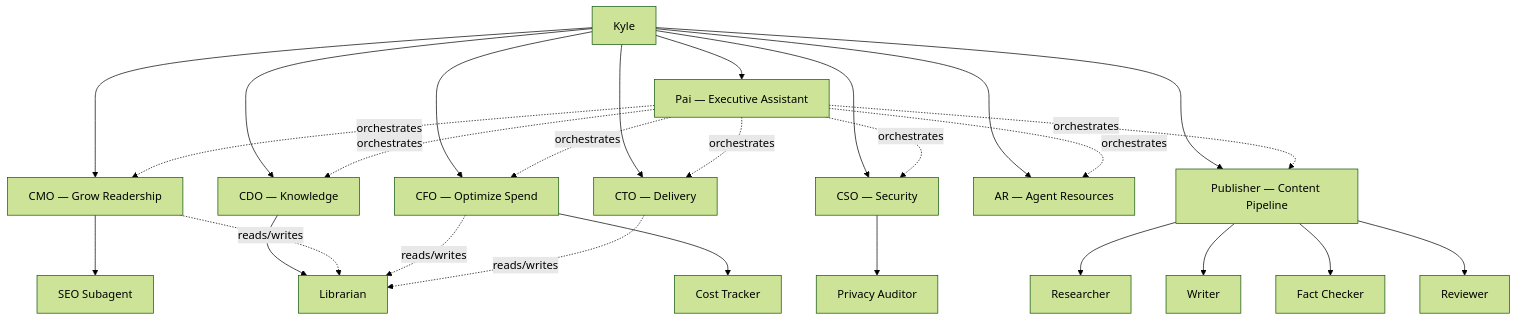
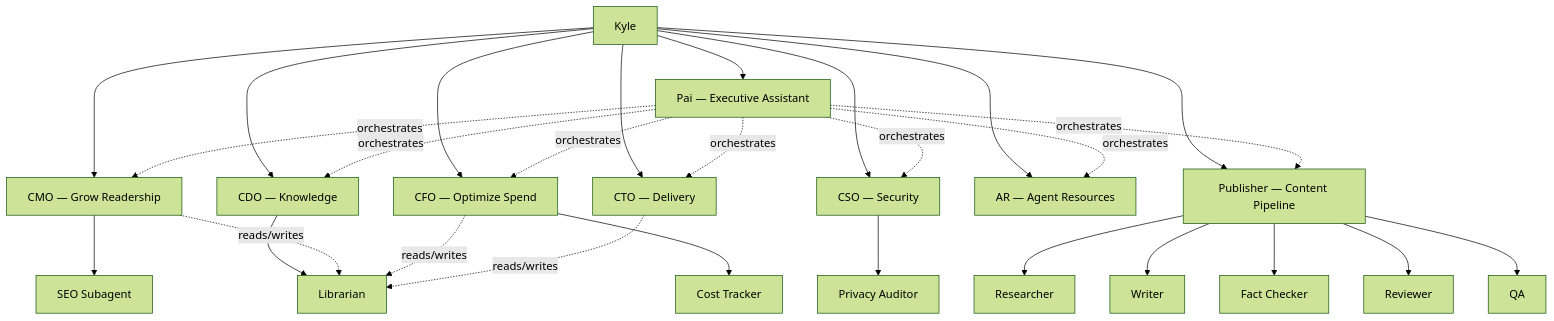
Before and after one commit to kylep/multi: the diagram in apps/blog/blog/markdown/posts/agent-org-chart.md, drawn with Mermaid (forest theme). The commit also changed other lines of this file and 6 other files, not shown here.

````diff
--- a/apps/blog/blog/markdown/posts/agent-org-chart.md
+++ b/apps/blog/blog/markdown/posts/agent-org-chart.md
@@ -77,53 +96,55 @@
 ```mermaid
 graph TD
     Kyle["Kyle"]
     Pai["Pai — Executive Assistant"]
     CMO["CMO — Grow Readership"]
     CFO["CFO — Optimize Spend"]
     CTO["CTO — Delivery"]
     CDO["CDO — Knowledge"]
     CSO["CSO — Security"]
     AR["AR — Agent Resources"]
     Publisher["Publisher — Content Pipeline"]
 
     SEO["SEO Subagent"]
     CostTracker["Cost Tracker"]
     Librarian["Librarian"]
     PrivacyAuditor["Privacy Auditor"]
 
     Researcher["Researcher"]
     Writer["Writer"]
     FactChecker["Fact Checker"]
     Reviewer["Reviewer"]
+    QA["QA"]
 
     Kyle --> Pai
     Kyle --> CMO
     Kyle --> CFO
     Kyle --> CTO
     Kyle --> CDO
     Kyle --> CSO
     Kyle --> AR
     Kyle --> Publisher
 
     Pai -.->|orchestrates| CMO
     Pai -.->|orchestrates| CFO
     Pai -.->|orchestrates| CTO
     Pai -.->|orchestrates| CDO
     Pai -.->|orchestrates| CSO
     Pai -.->|orchestrates| AR
     Pai -.->|orchestrates| Publisher
 
     CMO --> SEO
     CFO --> CostTracker
     CDO --> Librarian
     CSO --> PrivacyAuditor
 
     CMO -.->|reads/writes| Librarian
     CFO -.->|reads/writes| Librarian
     CTO -.->|reads/writes| Librarian
 
     Publisher --> Researcher
     Publisher --> Writer
     Publisher --> FactChecker
     Publisher --> Reviewer
+    Publisher --> QA
 ```
````
